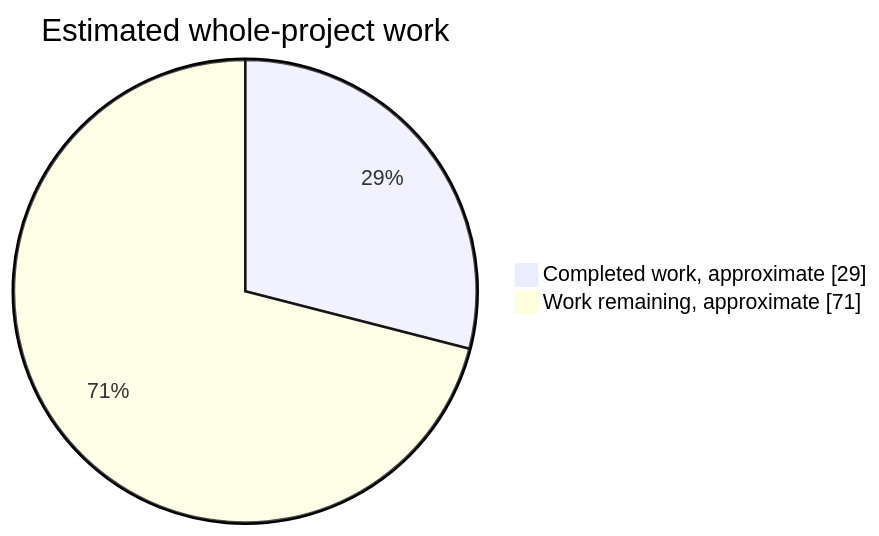
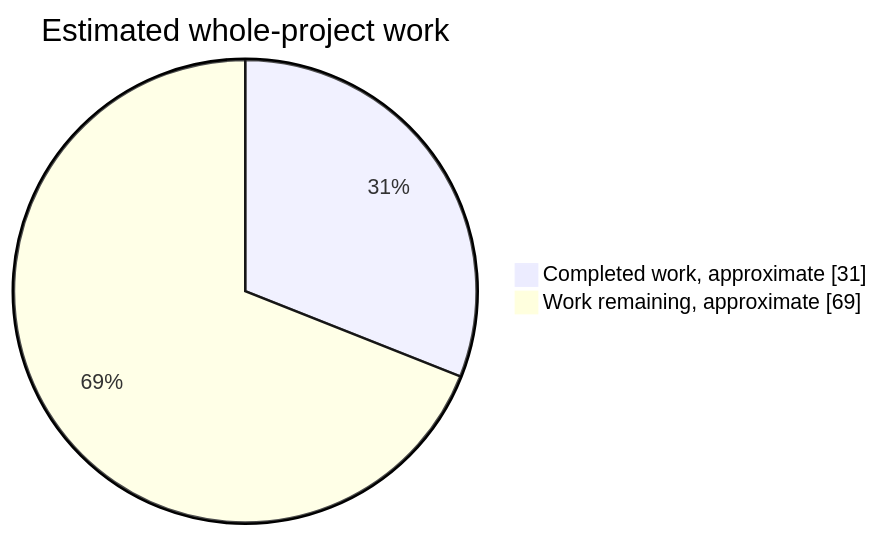
One commit to NachtRaveVL/stuntracefx changed the first of 2 diagrams in readme.md. Above: the diagram before and after it, drawn with Mermaid. The commit also changed other lines of this file and 6 other files, not shown here.

````diff
--- a/readme.md
+++ b/readme.md
@@ -56,6 +56,6 @@
 ```mermaid
 pie showData
     title Estimated whole-project work
-    "Completed work, approximate" : 29
-    "Work remaining, approximate" : 71
+    "Completed work, approximate" : 31
+    "Work remaining, approximate" : 69
 ```
````
